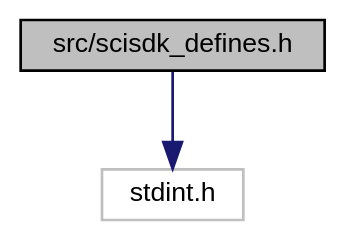
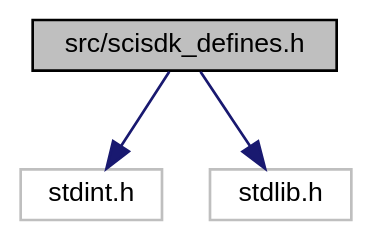
The diagram in scisdk__defines_8h__incl.dot (NuclearInstruments/SCISDK), drawn with Graphviz before and after one commit. The commit also changed 13 other files, not shown here.

```diff
--- a/scisdk__defines_8h__incl.dot
+++ b/scisdk__defines_8h__incl.dot
@@ -1,10 +1,12 @@
 digraph "src/scisdk_defines.h"
 {
  // LATEX_PDF_SIZE
   bgcolor="transparent";
   edge [fontname="Helvetica",fontsize="10",labelfontname="Helvetica",labelfontsize="10"];
   node [fontname="Helvetica",fontsize="10",shape=record];
   Node1 [label="src/scisdk_defines.h",height=0.2,width=0.4,color="black", fillcolor="grey75", style="filled", fontcolor="black",tooltip=" "];
   Node1 -> Node2 [color="midnightblue",fontsize="10",style="solid",fontname="Helvetica"];
   Node2 [label="stdint.h",height=0.2,width=0.4,color="grey75",tooltip=" "];
+  Node1 -> Node3 [color="midnightblue",fontsize="10",style="solid",fontname="Helvetica"];
+  Node3 [label="stdlib.h",height=0.2,width=0.4,color="grey75",tooltip=" "];
 }
```
